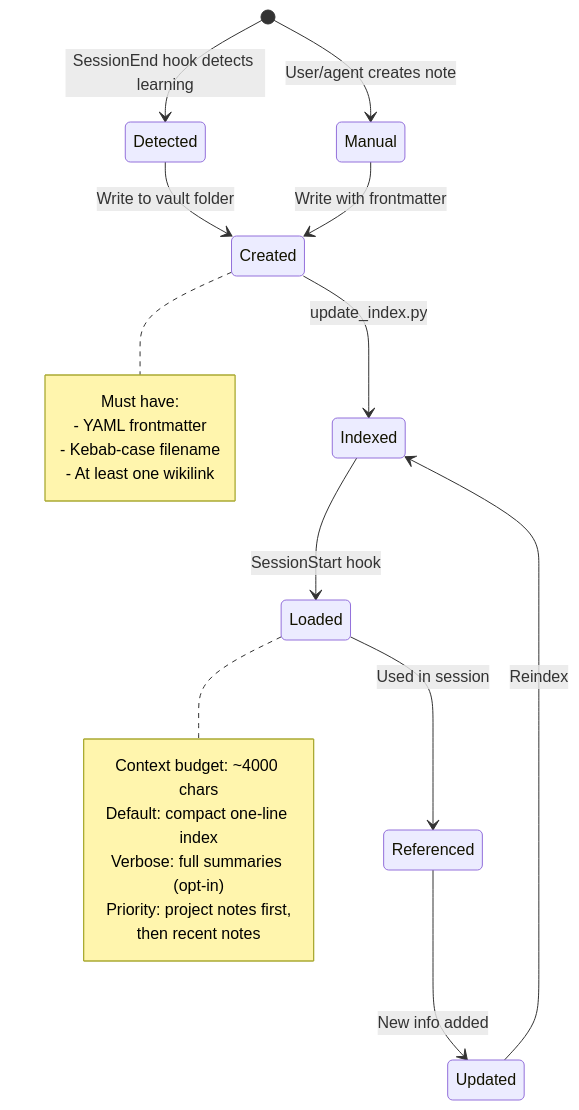
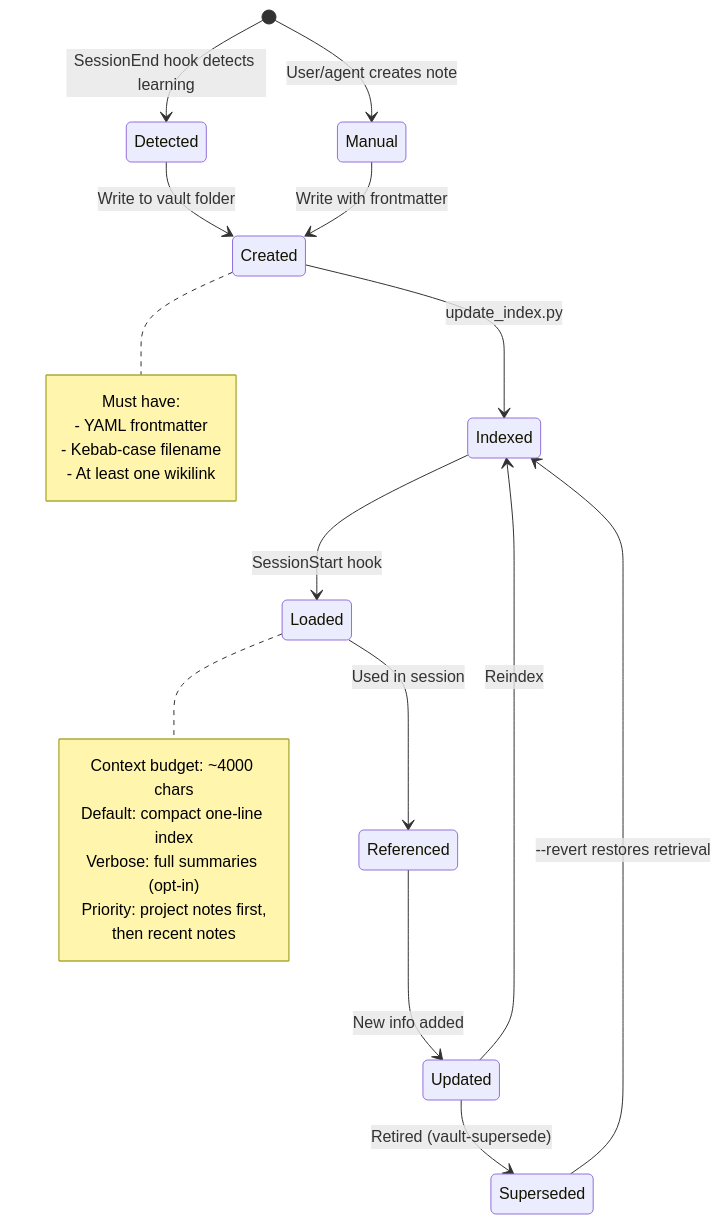
The fifth of 5 diagrams in docs/ARCHITECTURE.md (paulrobello/parsidion), drawn with Mermaid before and after one commit. The commit also changed other lines of this file and 12 other files, not shown here.

````diff
--- a/docs/ARCHITECTURE.md
+++ b/docs/ARCHITECTURE.md
@@ -1661,27 +1742,29 @@
 ```mermaid
 stateDiagram-v2
     [*] --> Detected: SessionEnd hook detects learning
     [*] --> Manual: User/agent creates note
     Detected --> Created: Write to vault folder
     Manual --> Created: Write with frontmatter
     Created --> Indexed: update_index.py
     Indexed --> Loaded: SessionStart hook
     Loaded --> Referenced: Used in session
     Referenced --> Updated: New info added
     Updated --> Indexed: Reindex
+    Updated --> Superseded: Retired (vault-supersede)
+    Superseded --> Indexed: --revert restores retrieval
 
     note right of Created
         Must have:
         - YAML frontmatter
         - Kebab-case filename
         - At least one wikilink
     end note
 
     note right of Loaded
         Context budget: ~4000 chars
         Default: compact one-line index
         Verbose: full summaries (opt-in)
         Priority: project notes first,
         then recent notes
     end note
 ```
````
